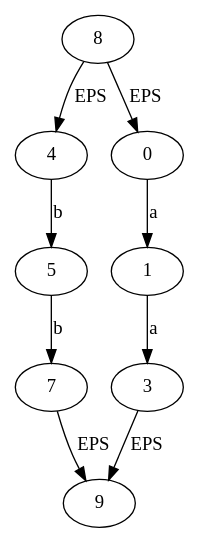
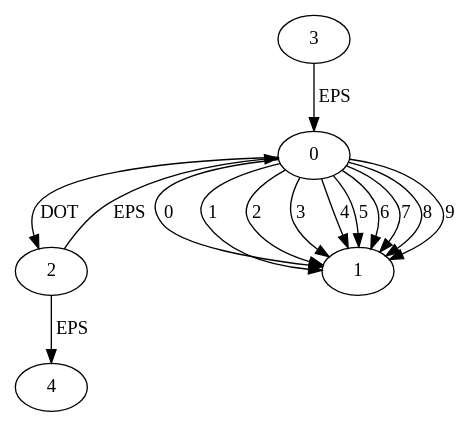
The diagram in dot/thompson.dot (dsiragusa/grep), drawn with Graphviz before and after one commit. The commit also changed 9 other files, not shown here.

```diff
--- a/dot/thompson.dot
+++ b/dot/thompson.dot
@@ -1,10 +1,16 @@
 digraph nfa{
-8 -> 4 [label="EPS"];
-8 -> 0 [label="EPS"];
-4 -> 5 [label="b"];
-5 -> 7 [label="b"];
-3 -> 9 [label="EPS"];
-7 -> 9 [label="EPS"];
-1 -> 3 [label="a"];
-0 -> 1 [label="a"];
+3 -> 0 [label="EPS"];
+2 -> 0 [label="EPS"];
+2 -> 4 [label="EPS"];
+0 -> 1 [label="0"];
+0 -> 1 [label="1"];
+0 -> 1 [label="2"];
+0 -> 1 [label="3"];
+0 -> 1 [label="4"];
+0 -> 1 [label="5"];
+0 -> 1 [label="6"];
+0 -> 1 [label="7"];
+0 -> 1 [label="8"];
+0 -> 1 [label="9"];
+0 -> 2 [label="DOT"];
 }
```
